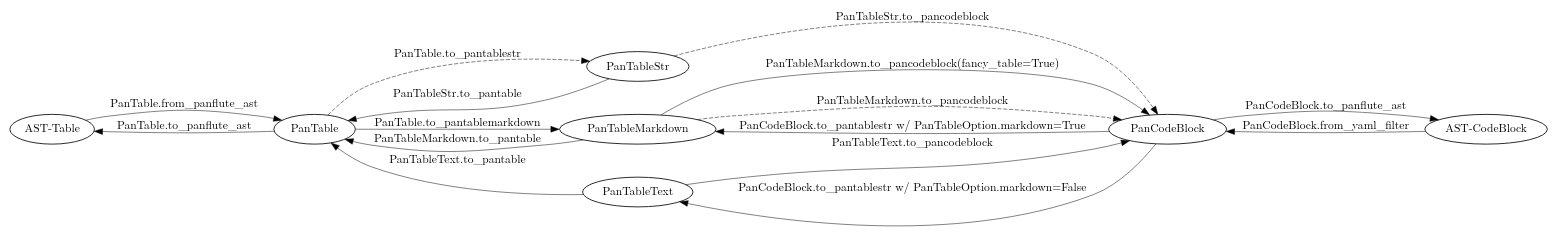
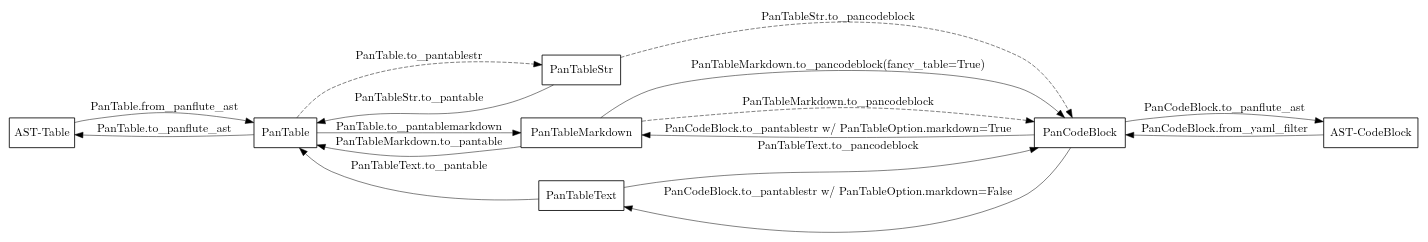
One commit to ickc/pantable changed the diagram in docs/dot/pipeline.dot. Above: the diagram before and after it, drawn with Graphviz. The commit also changed 1 other file, not shown here.

```diff
--- a/docs/dot/pipeline.dot
+++ b/docs/dot/pipeline.dot
@@ -1,42 +1,42 @@
 digraph {
     rankdir=LR
 
     graph [fontname = "Latin Modern Roman"]
-    node [fontname = "Latin Modern Roman" shape=ellipse]
+    node [fontname = "Latin Modern Roman" shape=box]
     edge [fontname = "Latin Modern Roman" penwidth=0.6]
 
     Table [label="AST-Table"]
     CodeBlock [label="AST-CodeBlock"]
 
     {
         rank=same
         PanTableStr
         PanTableMarkdown
         PanTableText
     }
 
     // PanTable methods
     Table -> PanTable [label="PanTable.from_panflute_ast"]
     PanTable -> Table [label="PanTable.to_panflute_ast" weight=1000000]
     PanTable -> PanTableMarkdown [label="PanTable.to_pantablemarkdown" weight=1000000]
     PanTable -> PanTableStr [label="PanTable.to_pantablestr" style=dashed]
 
     // PanTableMarkdown methods
     PanTableMarkdown -> PanTable [label="PanTableMarkdown.to_pantable"]
     PanTableMarkdown -> PanCodeBlock [label="PanTableMarkdown.to_pancodeblock(fancy_table=True)"]
     PanTableMarkdown -> PanCodeBlock [label="PanTableMarkdown.to_pancodeblock", style=dashed]
 
     // PanTableStr methods
     PanTableStr -> PanTable [label="PanTableStr.to_pantable"]
     PanTableStr -> PanCodeBlock [label="PanTableStr.to_pancodeblock", style=dashed]
 
     // PanTableText methods
     PanTableText -> PanTable [label="PanTableText.to_pantable"]
     PanTableText -> PanCodeBlock [label="PanTableText.to_pancodeblock"]
 
     // PanCodeBlock methods
     PanCodeBlock -> CodeBlock [label="PanCodeBlock.to_panflute_ast"]
     PanCodeBlock -> PanTableMarkdown [label="PanCodeBlock.to_pantablestr w/ PanTableOption.markdown=True" weight=1000000]
     PanCodeBlock -> PanTableText [label="PanCodeBlock.to_pantablestr w/ PanTableOption.markdown=False"]
     CodeBlock -> PanCodeBlock [label="PanCodeBlock.from_yaml_filter" weight=1000000]
 }
```
